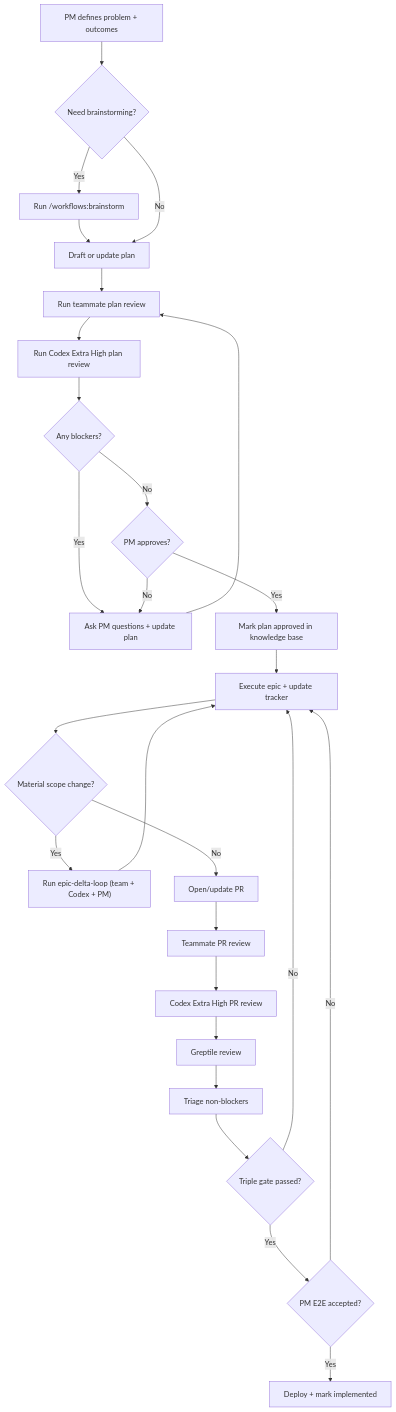
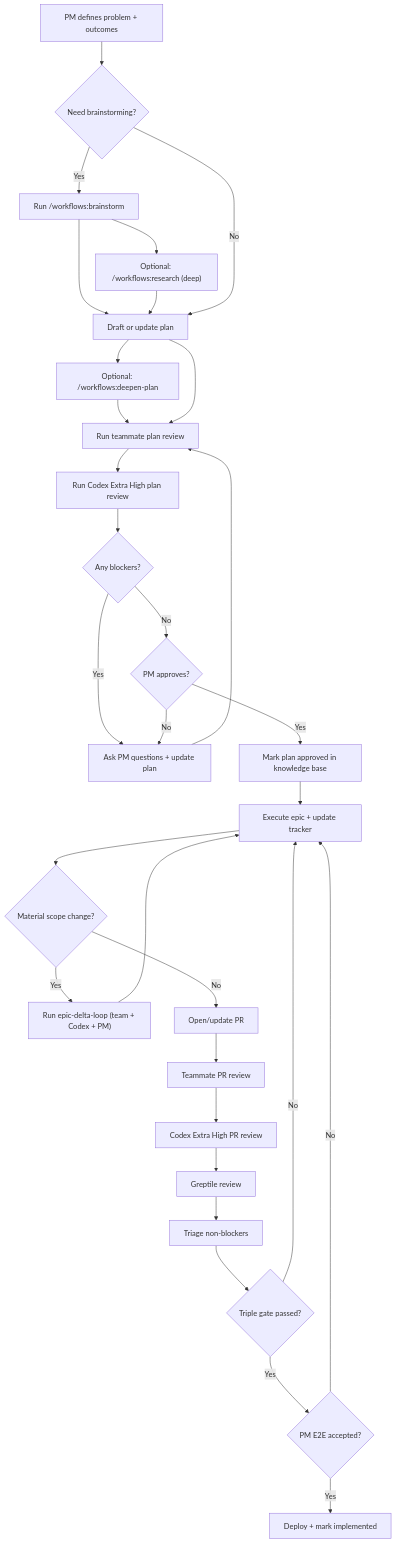
Before and after one commit to adam-badar/compound-engineering-system: the second of 2 diagrams in templates/docs/process/sequence-diagram.md, drawn with Mermaid. The commit also changed other lines of this file and 16 other files, not shown here.

Commit message:
feat: add deep research and plan-deepening workflows

````diff
--- a/templates/docs/process/sequence-diagram.md
+++ b/templates/docs/process/sequence-diagram.md
@@ -79,29 +83,33 @@
 ```mermaid
 flowchart TD
     A["PM defines problem + outcomes"] --> A1{"Need brainstorming?"}
     A1 -- Yes --> A2["Run /workflows:brainstorm"]
     A2 --> B["Draft or update plan"]
+    A2 --> A3["Optional: /workflows:research (deep)"]
+    A3 --> B
     A1 -- No --> B
+    B --> B1["Optional: /workflows:deepen-plan"]
+    B1 --> C
     B --> C["Run teammate plan review"]
     C --> D["Run Codex Extra High plan review"]
     D --> E{"Any blockers?"}
     E -- Yes --> F["Ask PM questions + update plan"]
     F --> C
     E -- No --> G{"PM approves?"}
     G -- No --> F
     G -- Yes --> H["Mark plan approved in knowledge base"]
     H --> I["Execute epic + update tracker"]
     I --> J{"Material scope change?"}
     J -- Yes --> K["Run epic-delta-loop (team + Codex + PM)"]
     K --> I
     J -- No --> L["Open/update PR"]
     L --> M["Teammate PR review"]
     M --> N["Codex Extra High PR review"]
     N --> O["Greptile review"]
     O --> O1["Triage non-blockers"]
     O1 --> P{"Triple gate passed?"}
     P -- No --> I
     P -- Yes --> Q{"PM E2E accepted?"}
     Q -- No --> I
     Q -- Yes --> R["Deploy + mark implemented"]
 ```
````
